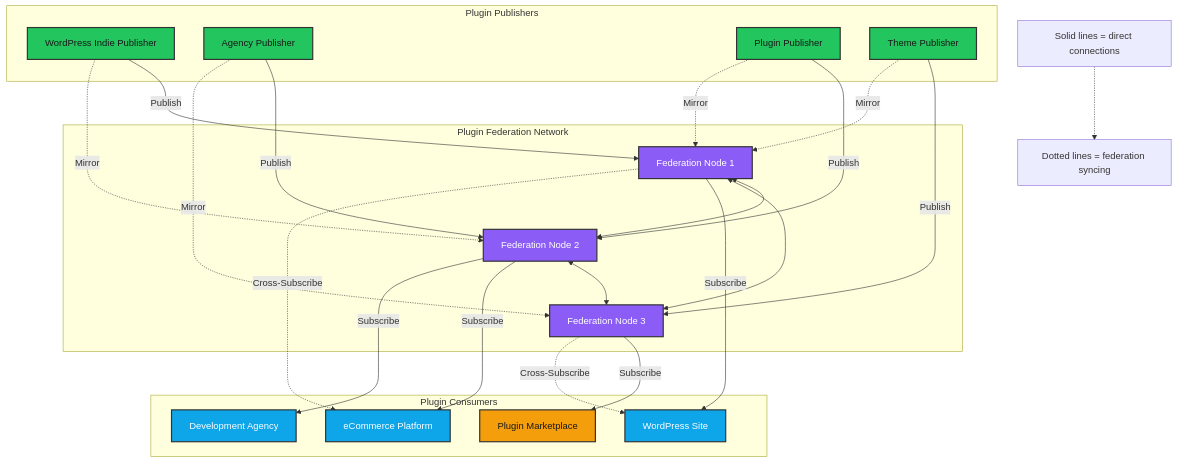
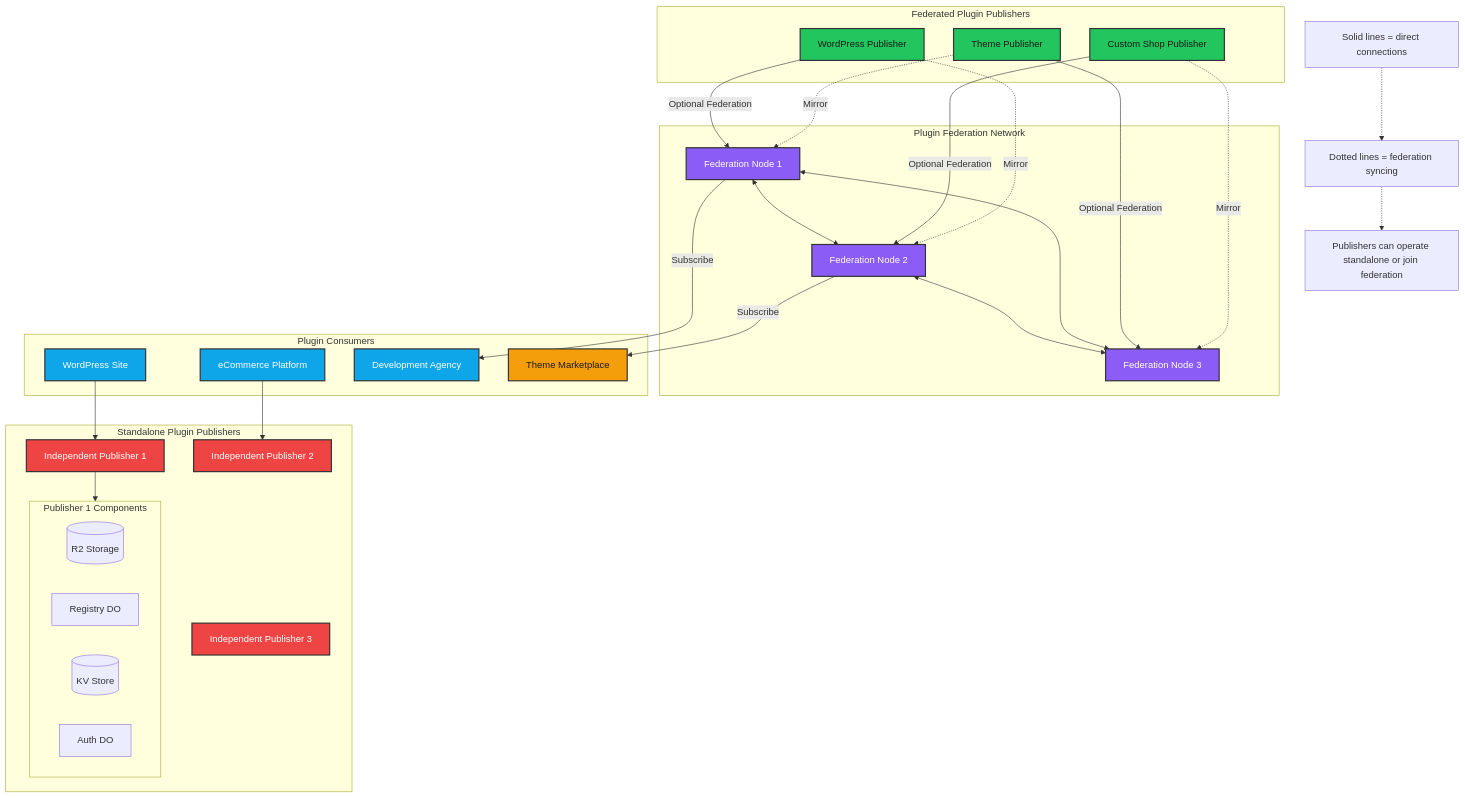
Before and after one commit to xpportal/Plugin-Federation-Network: the diagram in NOTES.md, drawn with Mermaid.

Commit message:
that seems closer

````diff
--- a/NOTES.md
+++ b/NOTES.md
@@ -3,58 +3,70 @@
 ```mermaid
 graph TD
     classDef federation fill:#8b5cf6,color:white,stroke:#333,stroke-width:2px
     classDef publisher fill:#22c55e,color:#191919,stroke:#333,stroke-width:2px
     classDef consumer fill:#0ea5e9,color:white,stroke:#333,stroke-width:2px
     classDef marketplace fill:#f59e0b,color:#191919,stroke:#333,stroke-width:2px
+    classDef standalone fill:#ef4444,color:white,stroke:#333,stroke-width:2px
 
-    subgraph Network["Plugin Federation Network"]
+    subgraph Federation["Plugin Federation Network"]
         FN1[Federation Node 1]:::federation
         FN2[Federation Node 2]:::federation
         FN3[Federation Node 3]:::federation
         
         FN1 <--> FN2
         FN2 <--> FN3
         FN1 <--> FN3
     end
 
-    subgraph Publishers["Plugin Publishers"]
-        PP1[WordPress Indie Publisher]:::publisher
-        PP2[Agency Publisher]:::publisher
-        PP3[Plugin Publisher]:::publisher
-        PP4[Theme Publisher]:::publisher
+    subgraph Federated["Federated Plugin Publishers"]
+        PP1[WordPress Publisher]:::publisher
+        PP2[Custom Shop Publisher]:::publisher
+        PP3[Theme Publisher]:::publisher
+    end
+
+    subgraph Standalone["Standalone Plugin Publishers"]
+        SP1[Independent Publisher 1]:::standalone
+        SP2[Independent Publisher 2]:::standalone
+        SP3[Independent Publisher 3]:::standalone
+
+        subgraph SP1_Components["Publisher 1 Components"]
+            SP1_R2[(R2 Storage)]
+            SP1_DO[Registry DO]
+            SP1_KV[(KV Store)]
+            SP1_AUTH[Auth DO]
+        end
     end
 
     subgraph Consumers["Plugin Consumers"]
         C1[WordPress Site]:::consumer
         C2[eCommerce Platform]:::consumer
         C3[Development Agency]:::consumer
-        C4[Plugin Marketplace]:::marketplace
+        C4[Theme Marketplace]:::marketplace
     end
 
-    %% Publisher connections
-    PP1 -->|Publish| FN1
-    PP2 -->|Publish| FN2
-    PP3 -->|Publish| FN2
-    PP4 -->|Publish| FN3
-
-    %% Consumer connections
-    FN1 -->|Subscribe| C1
-    FN2 -->|Subscribe| C2
-    FN2 -->|Subscribe| C3
-    FN3 -->|Subscribe| C4
-
+    %% Standalone connections
+    SP1 --> SP1_Components
+    C1 --> SP1
+    C2 --> SP2
+    
+    %% Federation connections
+    PP1 -->|"Optional Federation"| FN1
+    PP2 -->|"Optional Federation"| FN2
+    PP3 -->|"Optional Federation"| FN3
+    
+    %% Federation consumer connections
+    FN1 -->|"Subscribe"| C3
+    FN2 -->|"Subscribe"| C4
+    
     %% Cross-node syncing
-    PP1 -.->|Mirror| FN2
-    PP2 -.->|Mirror| FN3
-    PP3 -.->|Mirror| FN1
-    PP4 -.->|Mirror| FN1
-
-    %% Consumer cross-subscription
-    FN3 -.->|Cross-Subscribe| C1
-    FN1 -.->|Cross-Subscribe| C2
+    PP1 -.->|"Mirror"| FN2
+    PP2 -.->|"Mirror"| FN3
+    PP3 -.->|"Mirror"| FN1
 
     %% Add explanatory notes
     note1[Solid lines = direct connections]
     note2[Dotted lines = federation syncing]
+    note3[Publishers can operate standalone or join federation]
     note1 -.-> note2
+    note2 -.-> note3
 ```
````
